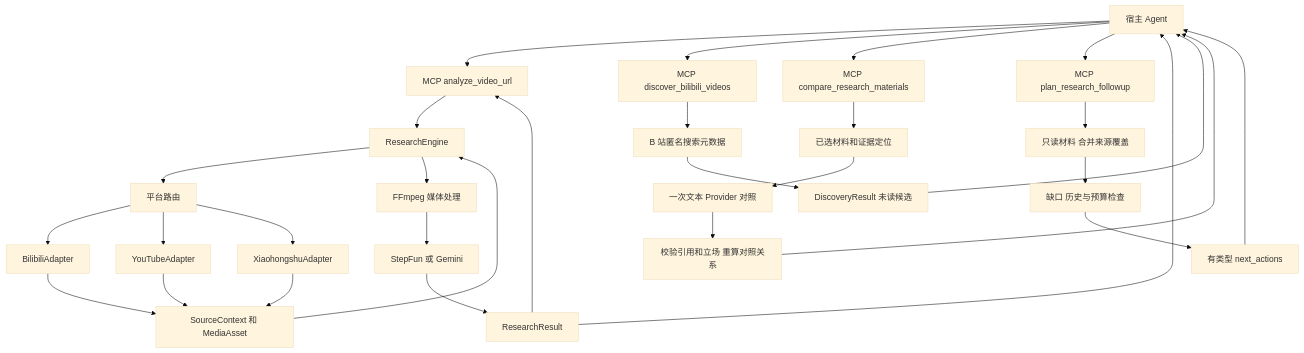
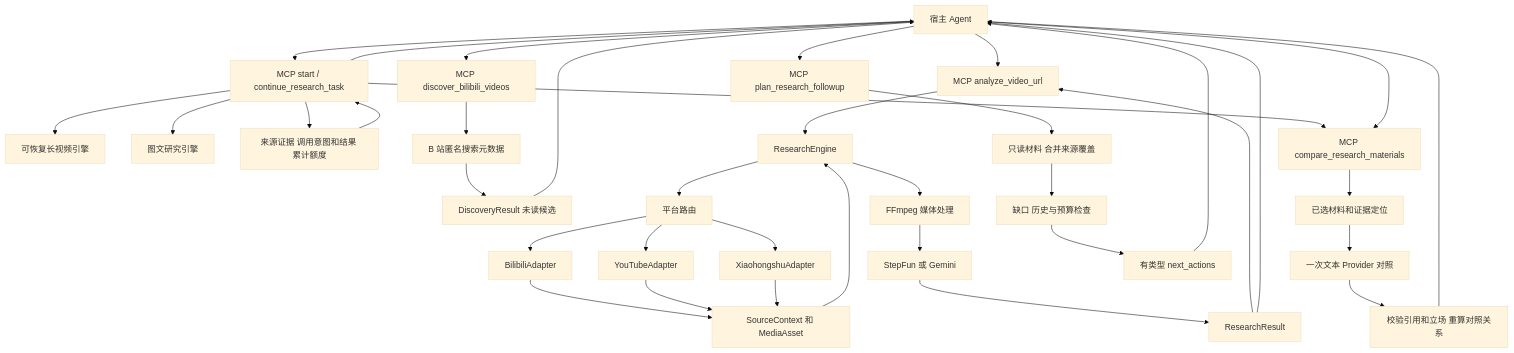
The diagram in docs/architecture.md (7oMB2006/Catalyst), drawn with Mermaid (base theme) before and after one commit. The commit also changed other lines of this file and 23 other files, not shown here.

Commit message:
feat: start and continue research from selected links

````diff
--- a/docs/architecture.md
+++ b/docs/architecture.md
@@ -21,32 +25,39 @@
 ```mermaid
 flowchart TD
   Host[宿主 Agent] --> MCP[MCP analyze_video_url]
+  Host --> Task[MCP start / continue_research_task]
+  Task --> Long[可恢复长视频引擎]
+  Task --> Note[图文研究引擎]
+  Task --> Ledger[来源证据 调用意图和结果 累计额度]
+  Task --> Compare
+  Ledger --> Task
+  Task --> Host
   Host --> Discovery[MCP discover_bilibili_videos]
   Discovery --> Search[B 站匿名搜索元数据]
   Search --> Candidates[DiscoveryResult 未读候选]
   Candidates --> Host
   MCP --> Engine[ResearchEngine]
   Engine --> Route[平台路由]
   Route --> Bili[BilibiliAdapter]
   Route --> YT[YouTubeAdapter]
   Route --> XHS[XiaohongshuAdapter]
   Bili --> Source[SourceContext 和 MediaAsset]
   YT --> Source
   XHS --> Source
   Source --> Engine
   Engine --> Transform[FFmpeg 媒体处理]
   Transform --> Provider[StepFun 或 Gemini]
   Provider --> Result[ResearchResult]
   Result --> MCP
   Host --> Compare[MCP compare_research_materials]
   Result --> Host
   Compare --> Prepared[已选材料和证据定位]
   Prepared --> TextProvider[一次文本 Provider 对照]
   TextProvider --> Validated[校验引用和立场 重算对照关系]
   Validated --> Host
   Host --> Plan[MCP plan_research_followup]
   Plan --> Coverage[只读材料 合并来源覆盖]
   Coverage --> Bounded[缺口 历史与预算检查]
   Bounded --> Actions[有类型 next_actions]
   Actions --> Host
 ```
````
